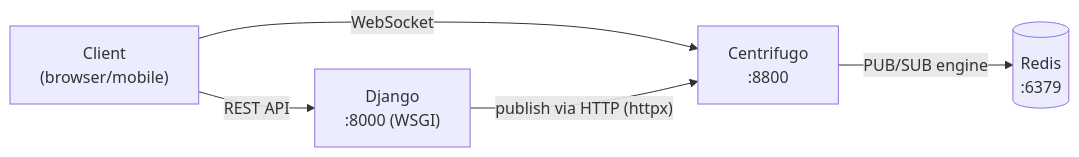
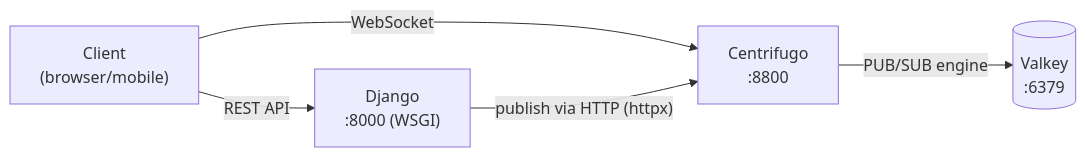
The diagram in docs/REALTIME.md (mattjaikaran/django-ninja-boilerplate), drawn with Mermaid before and after one commit. The commit also changed 14 other files, not shown here.

````diff
--- a/docs/REALTIME.md
+++ b/docs/REALTIME.md
@@ -7,10 +7,10 @@
 ```mermaid
 graph LR
     Client["Client<br/>(browser/mobile)"]
 
     Client -->|"REST API"| Django["Django<br/>:8000 (WSGI)"]
     Client -->|"WebSocket"| Centrifugo["Centrifugo<br/>:8800"]
 
     Django -->|"publish via HTTP (httpx)"| Centrifugo
-    Centrifugo -->|"PUB/SUB engine"| Redis[("Redis<br/>:6379")]
+    Centrifugo -->|"PUB/SUB engine"| Valkey[("Valkey<br/>:6379")]
 ```
````
